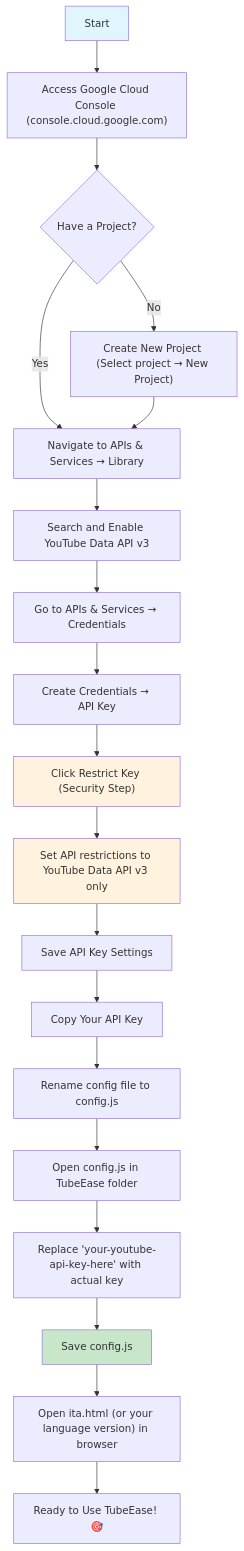
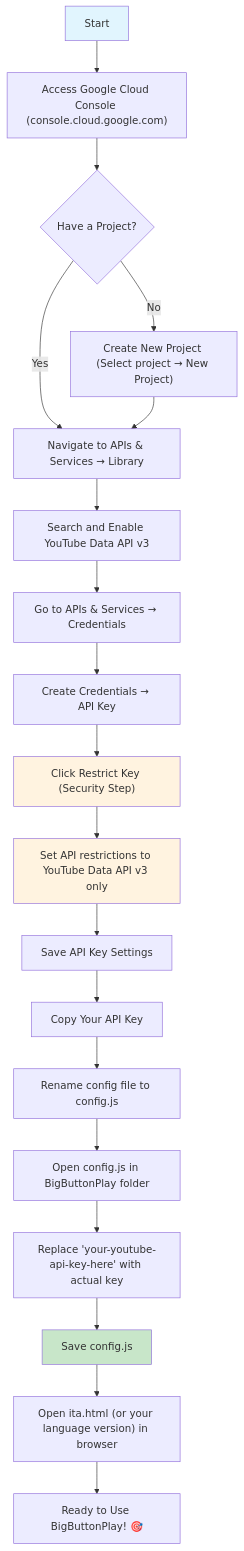
One commit to gelso/BigButtonPlay changed the diagram in README.md. Above: the diagram before and after it, drawn with Mermaid. The commit also changed other lines of this file, not shown here.

````diff
--- a/README.md
+++ b/README.md
@@ -25,26 +25,26 @@
 ```mermaid
 flowchart TD
     A[Start] --> B["Access Google Cloud Console (console.cloud.google.com)"]
     B --> C{Have a Project?}
     C -->|No| D["Create New Project (Select project → New Project)"]
     C -->|Yes| E["Navigate to APIs & Services → Library"]
     D --> E
     E --> F["Search and Enable YouTube Data API v3"]
     F --> G["Go to APIs & Services → Credentials"]
     G --> H["Create Credentials → API Key"]
     H --> I["Click Restrict Key (Security Step)"]
     I --> J["Set API restrictions to YouTube Data API v3 only"]
     J --> K["Save API Key Settings"]
     K --> L["Copy Your API Key"]
     L --> M["Rename config file to config.js"]
-    M --> N["Open config.js in TubeEase folder"]
+    M --> N["Open config.js in BigButtonPlay folder"]
     N --> O["Replace 'your-youtube-api-key-here' with actual key"]
     O --> P["Save config.js"]
     P --> Q["Open ita.html (or your language version) in browser"]
-    Q --> R[Ready to Use TubeEase! 🎯]
+    Q --> R[Ready to Use BigButtonPlay! 🎯]
     
     style A fill:#e1f5fe
     style P fill:#c8e6c9
     style I fill:#fff3e0
     style J fill:#fff3e0
 ```
````
